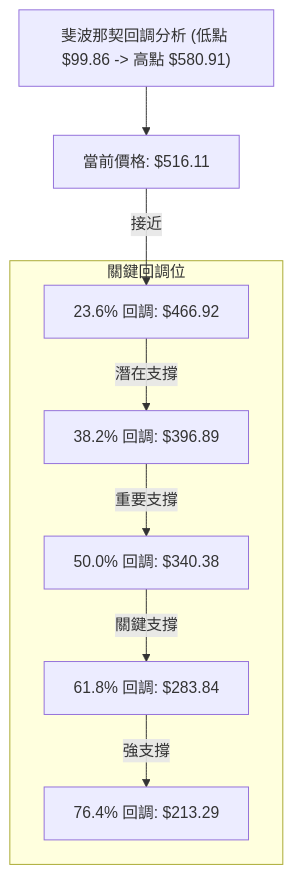
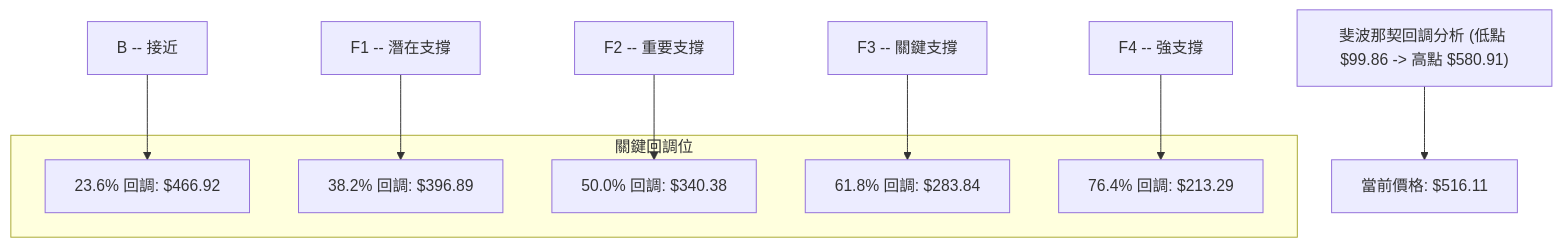
Before and after one commit to yennanliu/finance_data: the fifth of 9 diagrams in ai_gen_report/stock/amd/technical_analysis_2026-07-08_gemini.md, drawn with Mermaid. The commit also changed other lines of this file and 2258 other files, not shown here.

First line of the commit message:
chore: backfill Mermaid syntax repair across existing reports

````diff
--- a/ai_gen_report/stock/amd/technical_analysis_2026-07-08_gemini.md
+++ b/ai_gen_report/stock/amd/technical_analysis_2026-07-08_gemini.md
@@ -401,18 +401,18 @@
 ```mermaid
 graph TD
     A["斐波那契回調分析 (低點 $99.86 -> 高點 $580.91)"] --> B["當前價格: $516.11"]
 
     subgraph Retracement_Levels ["關鍵回調位"]
         F1["23.6% 回調: $466.92"]
         F2["38.2% 回調: $396.89"]
         F3["50.0% 回調: $340.38"]
         F4["61.8% 回調: $283.84"]
         F5["76.4% 回調: $213.29"]
     end
 
-    B -- 接近 --> F1
-    F1 -- 潛在支撐 --> F2
-    F2 -- 重要支撐 --> F3
-    F3 -- 關鍵支撐 --> F4
-    F4 -- 強支撐 --> F5
+    nb1["B -- 接近"] --> F1
+    nb2["F1 -- 潛在支撐"] --> F2
+    nb3["F2 -- 重要支撐"] --> F3
+    nb4["F3 -- 關鍵支撐"] --> F4
+    nb5["F4 -- 強支撐"] --> F5
 ```
````
